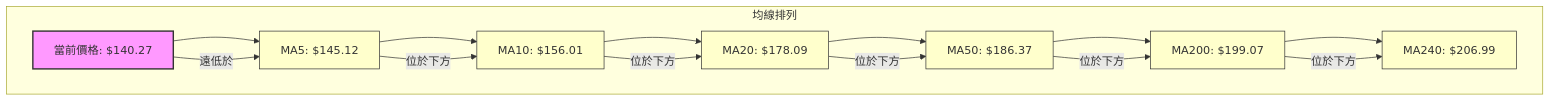
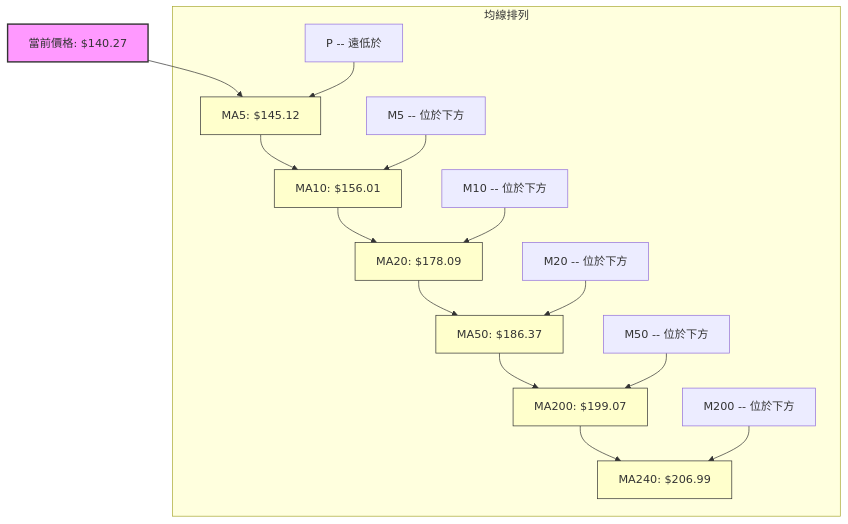
Before and after one commit to yennanliu/finance_data: the sixth of 10 diagrams in ai_gen_report/stock/orcl/technical_analysis_2026-07-04_gemini.md, drawn with Mermaid. The commit also changed other lines of this file and 2258 other files, not shown here.

First line of the commit message:
chore: backfill Mermaid syntax repair across existing reports

````diff
--- a/ai_gen_report/stock/orcl/technical_analysis_2026-07-04_gemini.md
+++ b/ai_gen_report/stock/orcl/technical_analysis_2026-07-04_gemini.md
@@ -427,26 +427,26 @@
 ```mermaid
 graph TD
-    P[當前價格: $140.27] --> M5[MA5: $145.12]
-    M5 --> M10[MA10: $156.01]
-    M10 --> M20[MA20: $178.09]
-    M20 --> M50[MA50: $186.37]
-    M50 --> M200[MA200: $199.07]
-    M200 --> M240[MA240: $206.99]
+    P["當前價格: $140.27"] --> M5["MA5: $145.12"]
+    M5 --> M10["MA10: $156.01"]
+    M10 --> M20["MA20: $178.09"]
+    M20 --> M50["MA50: $186.37"]
+    M50 --> M200["MA200: $199.07"]
+    M200 --> M240["MA240: $206.99"]
 
     subgraph 均線排列
-        P -- 遠低於 --> M5
-        M5 -- 位於下方 --> M10
-        M10 -- 位於下方 --> M20
-        M20 -- 位於下方 --> M50
-        M50 -- 位於下方 --> M200
-        M200 -- 位於下方 --> M240
+        nb1["P -- 遠低於"] --> M5
+        nb2["M5 -- 位於下方"] --> M10
+        nb3["M10 -- 位於下方"] --> M20
+        nb4["M20 -- 位於下方"] --> M50
+        nb5["M50 -- 位於下方"] --> M200
+        nb6["M200 -- 位於下方"] --> M240
     end
 
     style P fill:#F9F,stroke:#333,stroke-width:2px
     style M5 fill:#FFC,stroke:#333,stroke-width:1px
     style M10 fill:#FFC,stroke:#333,stroke-width:1px
     style M20 fill:#FFC,stroke:#333,stroke-width:1px
     style M50 fill:#FFC,stroke:#333,stroke-width:1px
     style M200 fill:#FFC,stroke:#333,stroke-width:1px
     style M240 fill:#FFC,stroke:#333,stroke-width:1px
 ```
````
